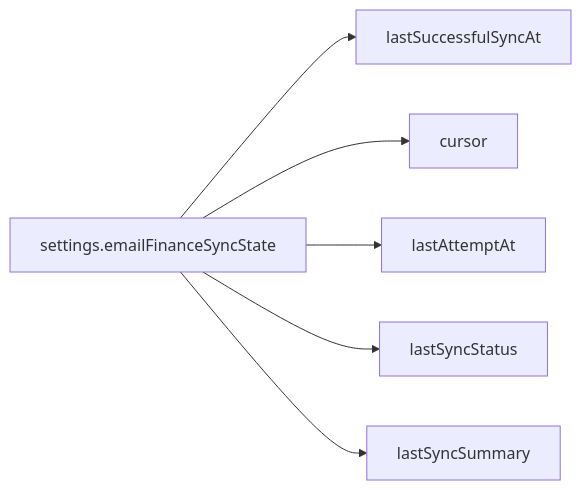
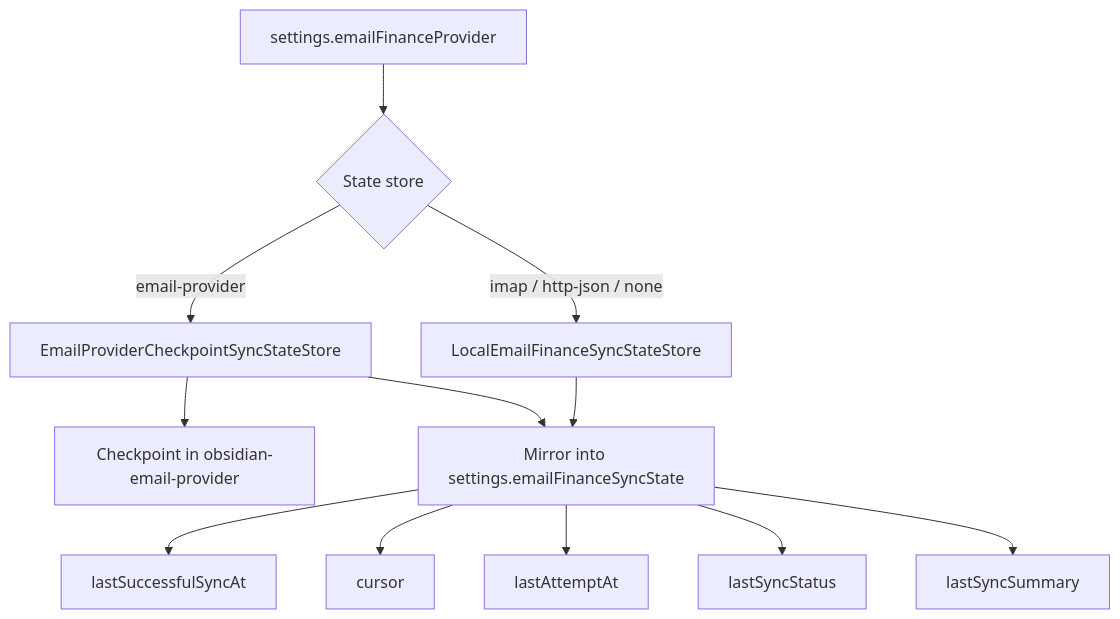
Diagram 15 of 16 in docs/email-finance-intake-architecture.md (Xoanis/obsidian-expense-manager), drawn with Mermaid before and after one commit. The commit also changed other lines of this file and 12 other files, not shown here.

Commit message:
feat: migrated on email-provider api, multisearch

````diff
--- a/docs/email-finance-intake-architecture.md
+++ b/docs/email-finance-intake-architecture.md
@@ -680,8 +750,16 @@
 ```mermaid
-flowchart LR
-    Settings["settings.emailFinanceSyncState"] --> LastSuccess["lastSuccessfulSyncAt"]
-    Settings --> Cursor["cursor"]
-    Settings --> LastAttempt["lastAttemptAt"]
-    Settings --> Status["lastSyncStatus"]
-    Settings --> Summary["lastSyncSummary"]
+flowchart TD
+    ProviderKind["settings.emailFinanceProvider"] --> Branch{"State store"}
+    Branch -->|"email-provider"| ProviderStore["EmailProviderCheckpointSyncStateStore"]
+    Branch -->|"imap / http-json / none"| LocalStore["LocalEmailFinanceSyncStateStore"]
+
+    ProviderStore --> ProviderCheckpoint["Checkpoint in obsidian-email-provider"]
+    ProviderStore --> Mirror["Mirror into settings.emailFinanceSyncState"]
+    LocalStore --> Mirror
+
+    Mirror --> LastSuccess["lastSuccessfulSyncAt"]
+    Mirror --> Cursor["cursor"]
+    Mirror --> LastAttempt["lastAttemptAt"]
+    Mirror --> Status["lastSyncStatus"]
+    Mirror --> Summary["lastSyncSummary"]
 ```
````
